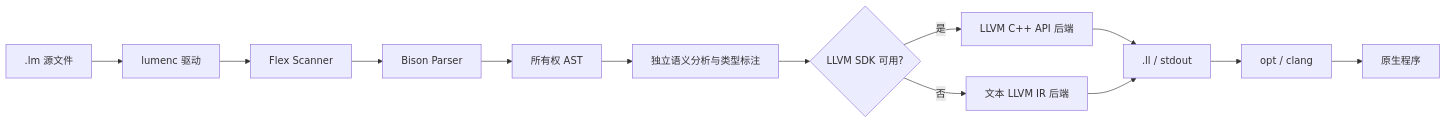
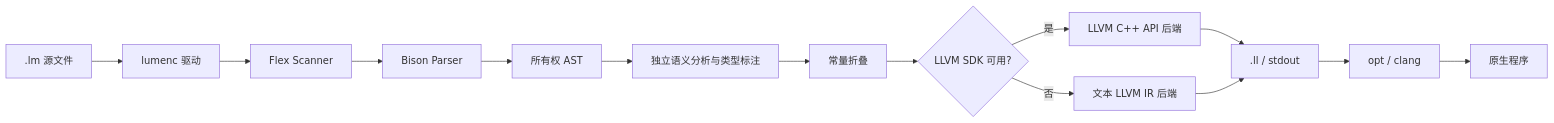
The diagram in docs/architecture.md (wiseism/c-compiler), drawn with Mermaid before and after one commit. The commit also changed other lines of this file and 17 other files, not shown here.

````diff
--- a/docs/architecture.md
+++ b/docs/architecture.md
@@ -25,15 +25,16 @@
 ```mermaid
 flowchart LR
     Source[.lm 源文件] --> Driver[lumenc 驱动]
     Driver --> Flex[Flex Scanner]
     Flex --> Bison[Bison Parser]
     Bison --> AST[所有权 AST]
     AST --> Semantic[独立语义分析与类型标注]
-    Semantic --> Select{LLVM SDK 可用?}
+    Semantic --> Fold[常量折叠]
+    Fold --> Select{LLVM SDK 可用?}
     Select -->|是| API[LLVM C++ API 后端]
     Select -->|否| Text[文本 LLVM IR 后端]
     API --> IR[.ll / stdout]
     Text --> IR
     IR --> LLVM[opt / clang]
     LLVM --> Native[原生程序]
 ```
````
